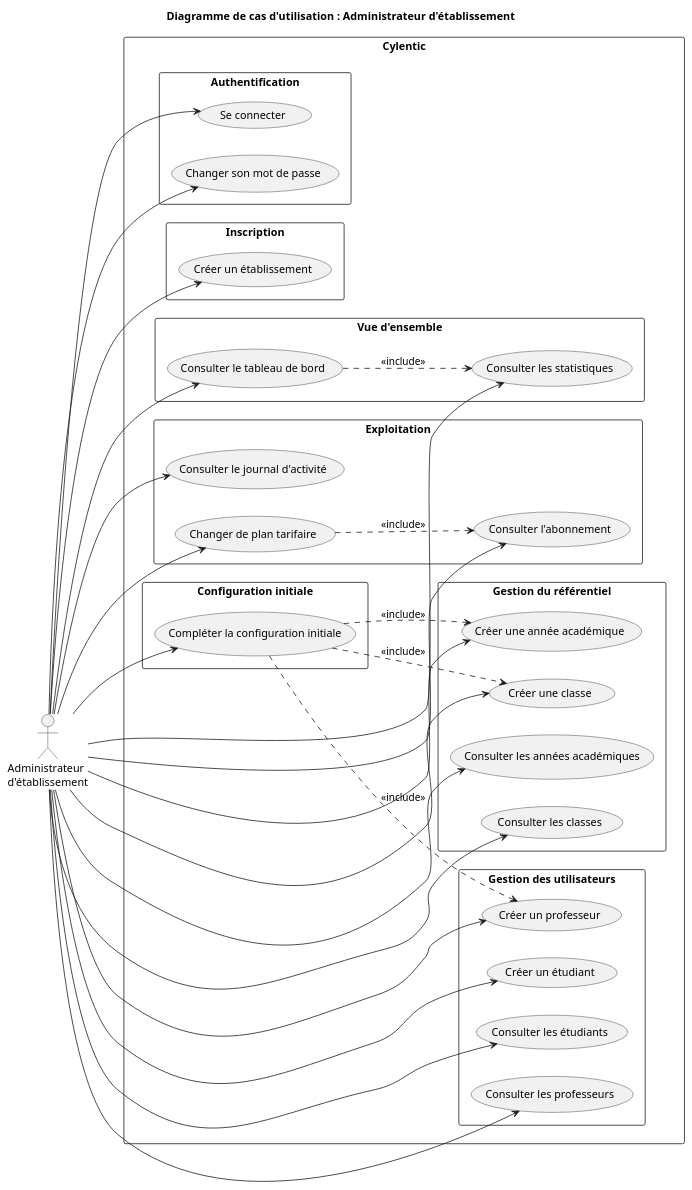
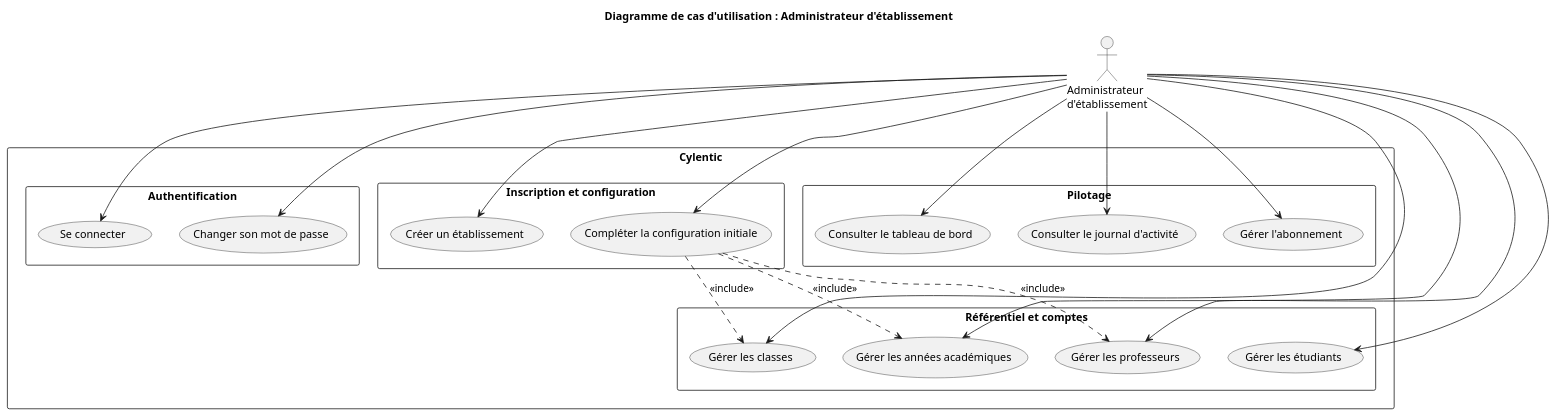
Before and after one commit to progirix/cylentic: the diagram in docs/diagrammes/02_usecase_admin.puml, drawn with PlantUML.

Commit message:
Condense le use case Admin pour tenir sur une page

```diff
--- a/docs/diagrammes/02_usecase_admin.puml
+++ b/docs/diagrammes/02_usecase_admin.puml
@@ -1,75 +1,52 @@
 @startuml
-left to right direction
+top to bottom direction
 skinparam shadowing false
 skinparam packageStyle rectangle
 
 title Diagramme de cas d'utilisation : Administrateur d'établissement
 
 actor "Administrateur\nd'établissement" as Admin
 
 rectangle "Cylentic" {
 
   package "Authentification" {
     usecase "Se connecter" as UC1
     usecase "Changer son mot de passe" as UC2
   }
 
-  package "Inscription" {
+  package "Inscription et configuration" {
     usecase "Créer un établissement" as UC3
-  }
-
-  package "Configuration initiale" {
     usecase "Compléter la configuration initiale" as UC4
   }
 
-  package "Vue d'ensemble" {
+  package "Pilotage" {
     usecase "Consulter le tableau de bord" as UC5
-    usecase "Consulter les statistiques" as UC6
+    usecase "Consulter le journal d'activité" as UC6
+    usecase "Gérer l'abonnement" as UC7
   }
 
-  package "Gestion du référentiel" {
-    usecase "Créer une année académique" as UC7
-    usecase "Consulter les années académiques" as UC8
-    usecase "Créer une classe" as UC9
-    usecase "Consulter les classes" as UC10
-  }
-
-  package "Gestion des utilisateurs" {
-    usecase "Créer un étudiant" as UC11
-    usecase "Consulter les étudiants" as UC12
-    usecase "Créer un professeur" as UC13
-    usecase "Consulter les professeurs" as UC14
-  }
-
-  package "Exploitation" {
-    usecase "Consulter le journal d'activité" as UC15
-    usecase "Consulter l'abonnement" as UC16
-    usecase "Changer de plan tarifaire" as UC17
+  package "Référentiel et comptes" {
+    usecase "Gérer les années académiques" as UC8
+    usecase "Gérer les classes" as UC9
+    usecase "Gérer les étudiants" as UC10
+    usecase "Gérer les professeurs" as UC11
   }
 }
 
 Admin --> UC1
 Admin --> UC2
 Admin --> UC3
 Admin --> UC4
 Admin --> UC5
 Admin --> UC6
 Admin --> UC7
 Admin --> UC8
 Admin --> UC9
 Admin --> UC10
 Admin --> UC11
-Admin --> UC12
-Admin --> UC13
-Admin --> UC14
-Admin --> UC15
-Admin --> UC16
-Admin --> UC17
 
-UC5 ..> UC6 : <<include>>
-UC17 ..> UC16 : <<include>>
-UC4 ..> UC7 : <<include>>
+UC4 ..> UC8 : <<include>>
 UC4 ..> UC9 : <<include>>
-UC4 ..> UC13 : <<include>>
+UC4 ..> UC11 : <<include>>
 
 @enduml
```
